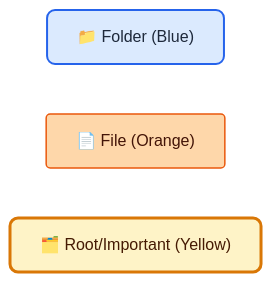
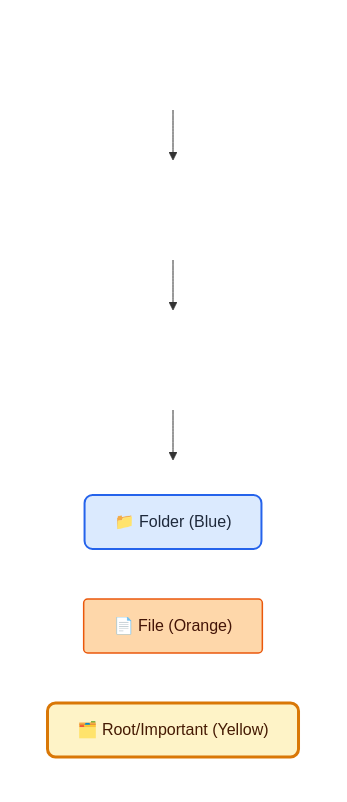
The second of 2 diagrams in docs/diagrams/project-map/app.api.md (kpm34/college-football-fantasy-app), drawn with Mermaid before and after one commit. The commit also changed other lines of this file and 251 other files, not shown here.

First line of the commit message:
feat: Major updates to draft system, schema alignment, and schools collection

````diff
--- a/docs/diagrams/project-map/app.api.md
+++ b/docs/diagrams/project-map/app.api.md
@@ -171,15 +188,42 @@
 ```mermaid
-flowchart LR
+flowchart TD
   classDef folder fill:#dbeafe,stroke:#2563eb,stroke-width:2,color:#1e293b,rx:8,ry:8
   classDef file fill:#fed7aa,stroke:#ea580c,stroke-width:1.5,color:#431407,rx:4,ry:4
   classDef highlight fill:#fef3c7,stroke:#d97706,stroke-width:3,color:#451a03,rx:8,ry:8
   
-  folder_legend["📁 Folder (Blue)"]
-  class folder_legend folder
+  subgraph spacer1[" "]
+    invisible1[" "]
+    style invisible1 fill:transparent,stroke:transparent
+  end
   
-  file_legend["📄 File (Orange)"]
-  class file_legend file
+  subgraph spacer2[" "]
+    invisible2[" "]
+    style invisible2 fill:transparent,stroke:transparent
+  end
   
-  highlight_legend["🗂️ Root/Important (Yellow)"]
-  class highlight_legend highlight
+  subgraph spacer3[" "]
+    invisible3[" "]
+    style invisible3 fill:transparent,stroke:transparent
+  end
+  
+  spacer1 --> spacer2
+  spacer2 --> spacer3
+  
+  subgraph legend_section[" "]
+    folder_legend["📁 Folder (Blue)"]
+    class folder_legend folder
+    
+    file_legend["📄 File (Orange)"]
+    class file_legend file
+    
+    highlight_legend["🗂️ Root/Important (Yellow)"]
+    class highlight_legend highlight
+  end
+  
+  spacer3 --> legend_section
+  
+  style spacer1 fill:transparent,stroke:transparent
+  style spacer2 fill:transparent,stroke:transparent
+  style spacer3 fill:transparent,stroke:transparent
+  style legend_section fill:transparent,stroke:transparent
 ```
````
